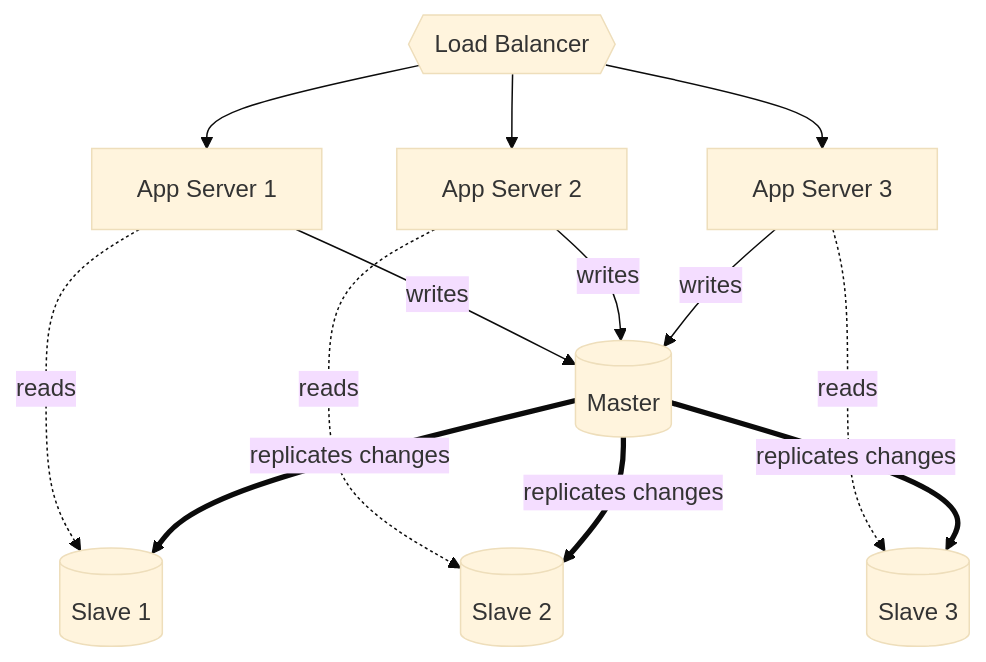
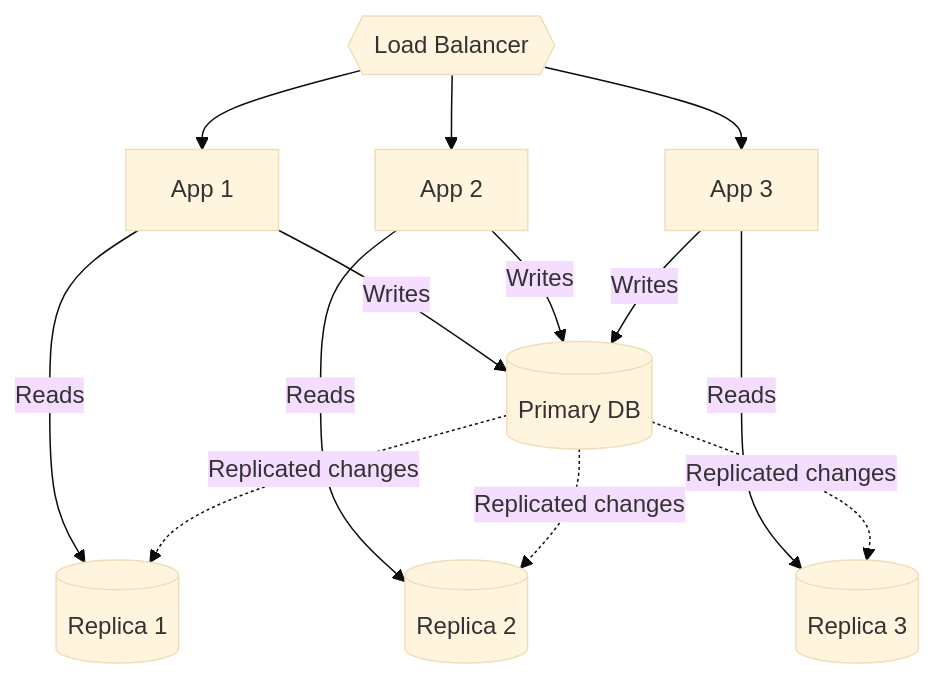
Before and after one commit to HARRISAMIN432/system-design-hld: the fifth of 18 diagrams in 07_scaling_application_from_one_to_million_users/README.md, drawn with Mermaid (base theme). The commit also changed other lines of this file and 11 other files, not shown here.

````diff
--- a/07_scaling_application_from_one_to_million_users/README.md
+++ b/07_scaling_application_from_one_to_million_users/README.md
@@ -153,18 +491,19 @@
 ```mermaid
 flowchart TB
-    LB{{"Load Balancer"}} --> A1["App Server 1"]
-    LB --> A2["App Server 2"]
-    LB --> A3["App Server 3"]
+    LB{{"Load Balancer"}}
+    LB --> A1["App 1"]
+    LB --> A2["App 2"]
+    LB --> A3["App 3"]
 
-    A1 -- "writes" --> M[("Master")]
-    A2 -- "writes" --> M
-    A3 -- "writes" --> M
+    A1 -->|"Writes"| P[("Primary DB")]
+    A2 -->|"Writes"| P
+    A3 -->|"Writes"| P
 
-    A1 -. "reads" .-> S1[("Slave 1")]
-    A2 -. "reads" .-> S2[("Slave 2")]
-    A3 -. "reads" .-> S3[("Slave 3")]
+    A1 -->|"Reads"| R1[("Replica 1")]
+    A2 -->|"Reads"| R2[("Replica 2")]
+    A3 -->|"Reads"| R3[("Replica 3")]
 
-    M == "replicates changes" ==> S1
-    M == "replicates changes" ==> S2
-    M == "replicates changes" ==> S3
+    P -.->|"Replicated changes"| R1
+    P -.->|"Replicated changes"| R2
+    P -.->|"Replicated changes"| R3
 ```
````
